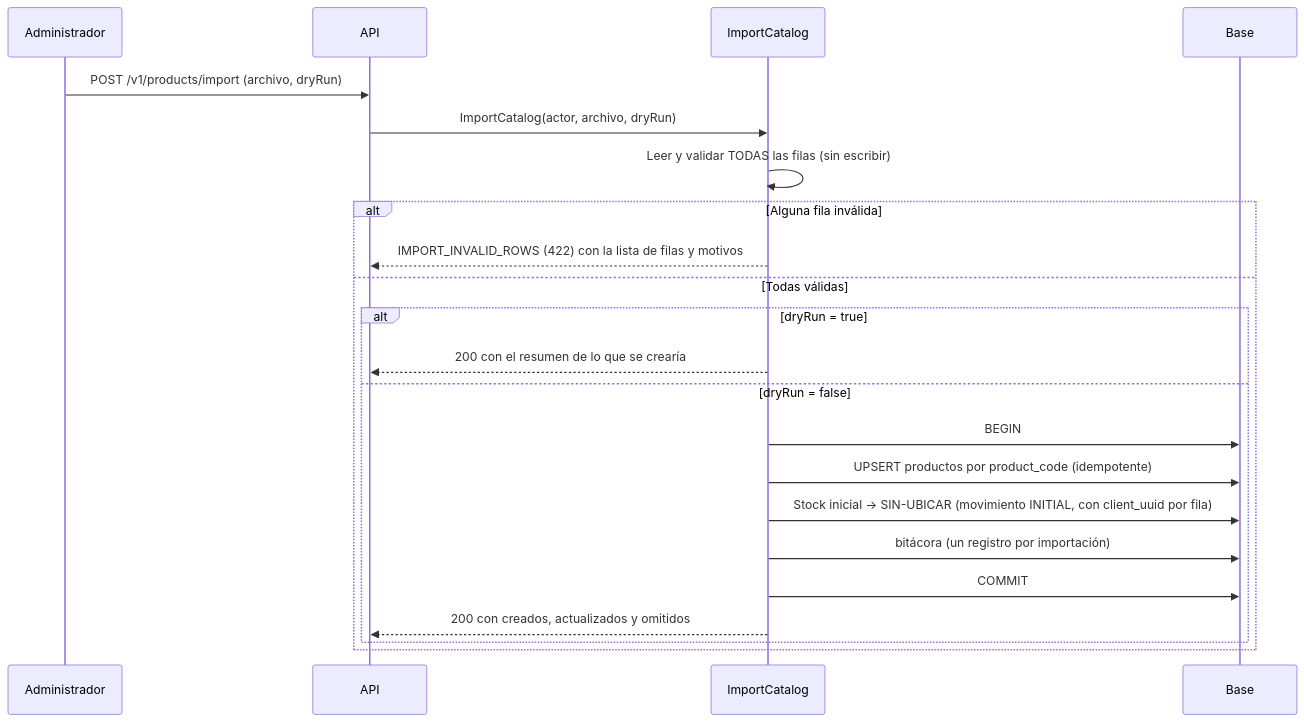
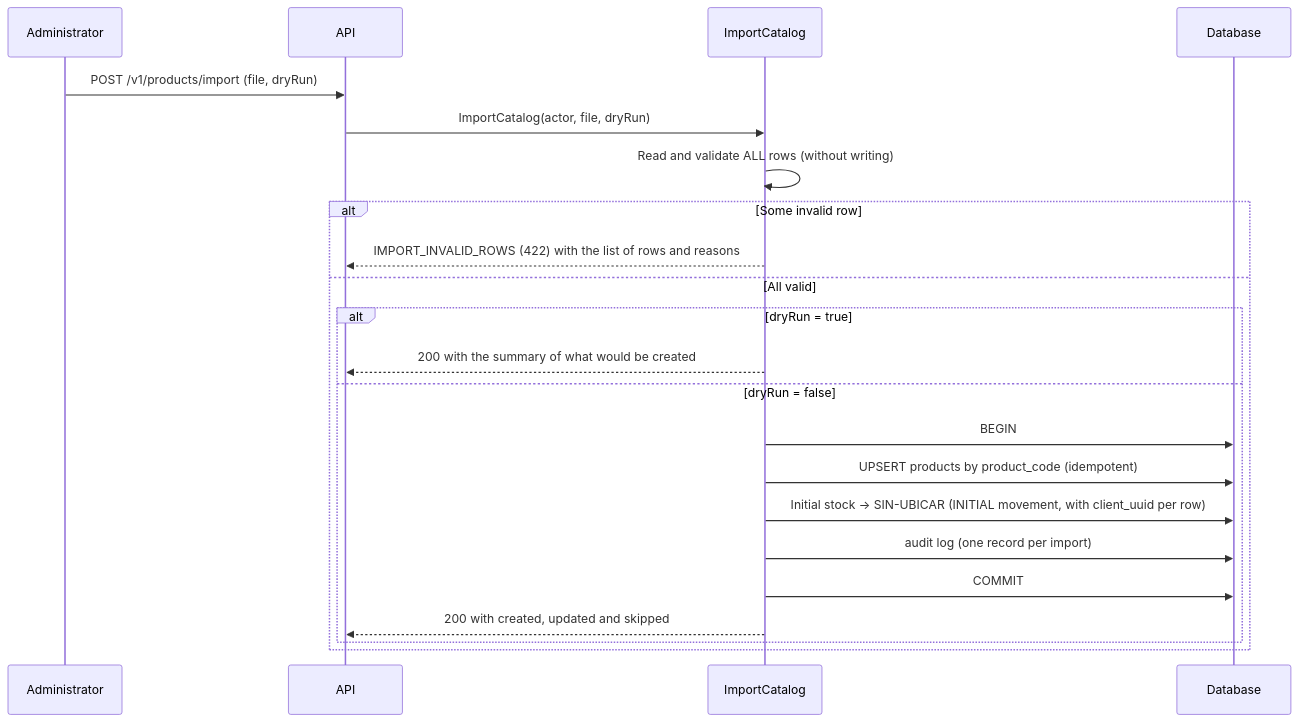
Before and after one commit to maag070208/AXZY_STOCK_FLOW: the diagram in docs/flujos/catalogo.md, drawn with Mermaid. The commit also changed other lines of this file and 89 other files, not shown here.

````diff
--- a/docs/flujos/catalogo.md
+++ b/docs/flujos/catalogo.md
@@ -34,25 +34,25 @@
 ```mermaid
 sequenceDiagram
-    participant Adm as Administrador
+    participant Adm as Administrator
     participant API
     participant UC as ImportCatalog
-    participant DB as Base
+    participant DB as Database
 
-    Adm->>API: POST /v1/products/import (archivo, dryRun)
-    API->>UC: ImportCatalog(actor, archivo, dryRun)
-    UC->>UC: Leer y validar TODAS las filas (sin escribir)
-    alt Alguna fila inválida
-        UC-->>API: IMPORT_INVALID_ROWS (422) con la lista de filas y motivos
-    else Todas válidas
+    Adm->>API: POST /v1/products/import (file, dryRun)
+    API->>UC: ImportCatalog(actor, file, dryRun)
+    UC->>UC: Read and validate ALL rows (without writing)
+    alt Some invalid row
+        UC-->>API: IMPORT_INVALID_ROWS (422) with the list of rows and reasons
+    else All valid
         alt dryRun = true
-            UC-->>API: 200 con el resumen de lo que se crearía
+            UC-->>API: 200 with the summary of what would be created
         else dryRun = false
             UC->>DB: BEGIN
-            UC->>DB: UPSERT productos por product_code (idempotente)
-            UC->>DB: Stock inicial → SIN-UBICAR (movimiento INITIAL, con client_uuid por fila)
-            UC->>DB: bitácora (un registro por importación)
+            UC->>DB: UPSERT products by product_code (idempotent)
+            UC->>DB: Initial stock → SIN-UBICAR (INITIAL movement, with client_uuid per row)
+            UC->>DB: audit log (one record per import)
             UC->>DB: COMMIT
-            UC-->>API: 200 con creados, actualizados y omitidos
+            UC-->>API: 200 with created, updated and skipped
         end
     end
 ```
````
